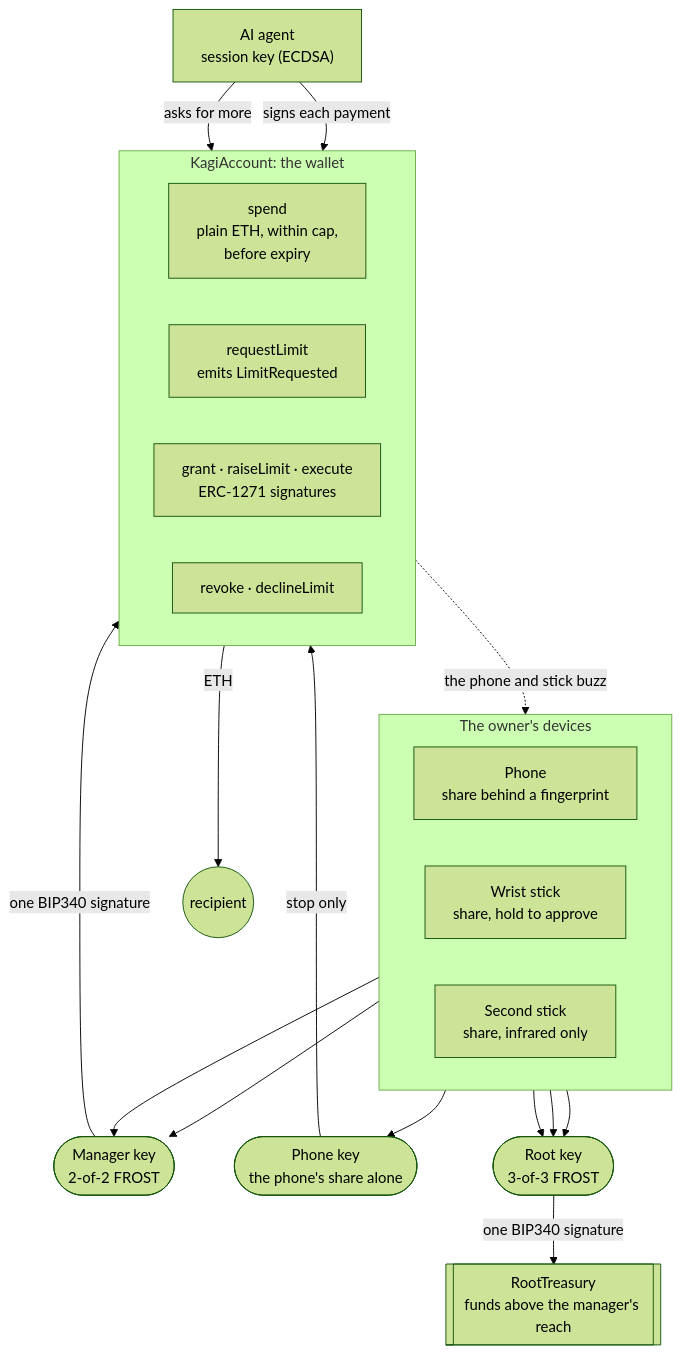
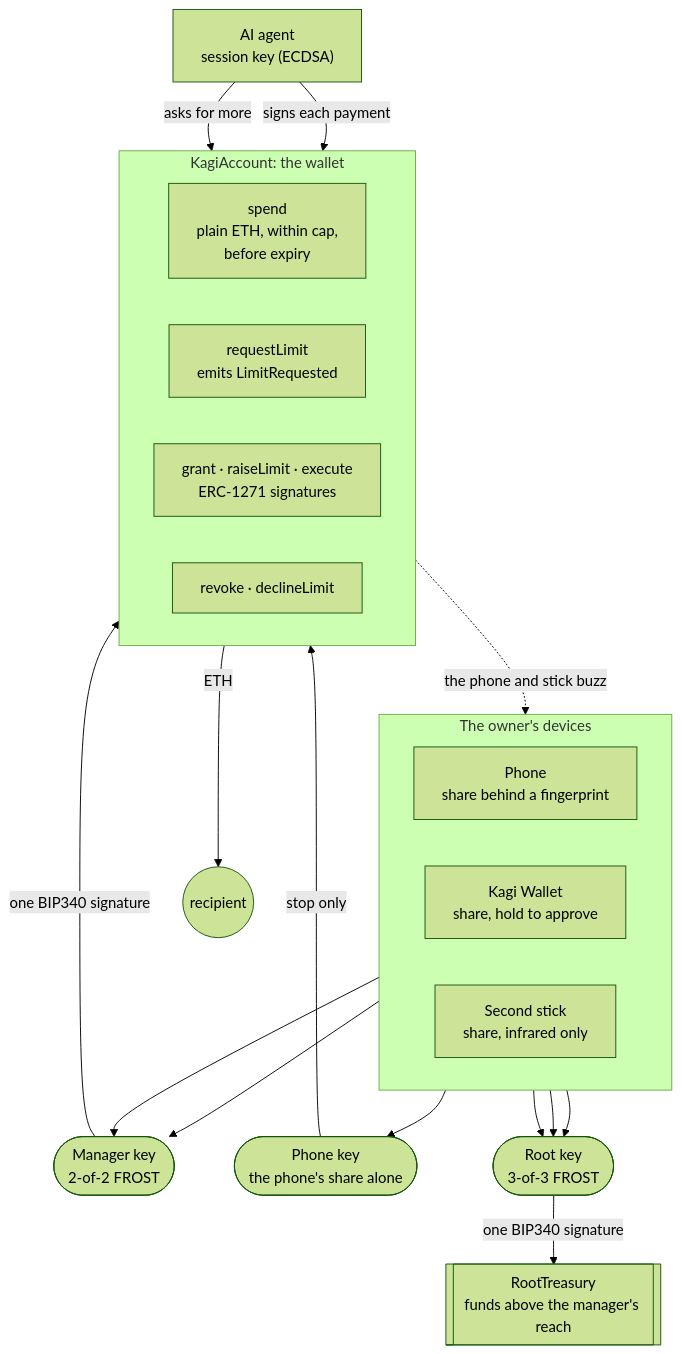
Before and after one commit to team-somehow/kagi-wallet: the diagram in docs/kagi-protocol.md, drawn with Mermaid (forest theme). The commit also changed other lines of this file and 50 other files, not shown here.

First line of the commit message:
copy: it's the Kagi Wallet (an ESP32), not a wrist

````diff
--- a/docs/kagi-protocol.md
+++ b/docs/kagi-protocol.md
@@ -40,41 +40,41 @@
 ```mermaid
 flowchart TB
     subgraph Owner["The owner's devices"]
         direction LR
         P["Phone<br/>share behind a fingerprint"]
-        W["Wrist stick<br/>share, hold to approve"]
+        W["Kagi Wallet<br/>share, hold to approve"]
         V["Second stick<br/>share, infrared only"]
     end
 
     MK(["Manager key<br/>2-of-2 FROST"])
     PK(["Phone key<br/>the phone's share alone"])
     RK(["Root key<br/>3-of-3 FROST"])
 
     P --> MK
     W --> MK
     P --> PK
     P --> RK
     W --> RK
     V --> RK
 
     A["AI agent<br/>session key (ECDSA)"]
 
     subgraph KA["KagiAccount: the wallet"]
         direction LR
         SP["spend<br/>plain ETH, within cap,<br/>before expiry"]
         RQ["requestLimit<br/>emits LimitRequested"]
         MG["grant · raiseLimit · execute<br/>ERC-1271 signatures"]
         ST["revoke · declineLimit"]
     end
 
     RT[["RootTreasury<br/>funds above the manager's reach"]]
     OUT(("recipient"))
 
     A -- "signs each payment" --> SP
     A -- "asks for more" --> RQ
     SP -- "ETH" --> OUT
     MK -- "one BIP340 signature" --> MG
     PK -- "stop only" --> ST
     RK -- "one BIP340 signature" --> RT
     RQ -. "the phone and stick buzz" .-> P
 ```
````
